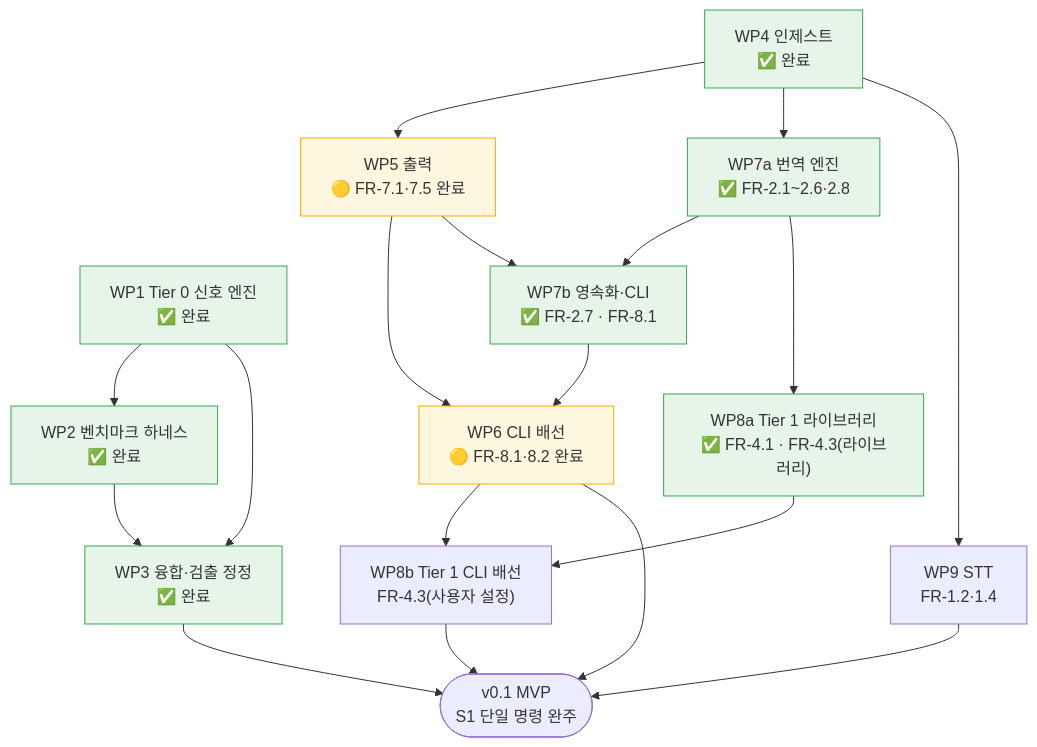
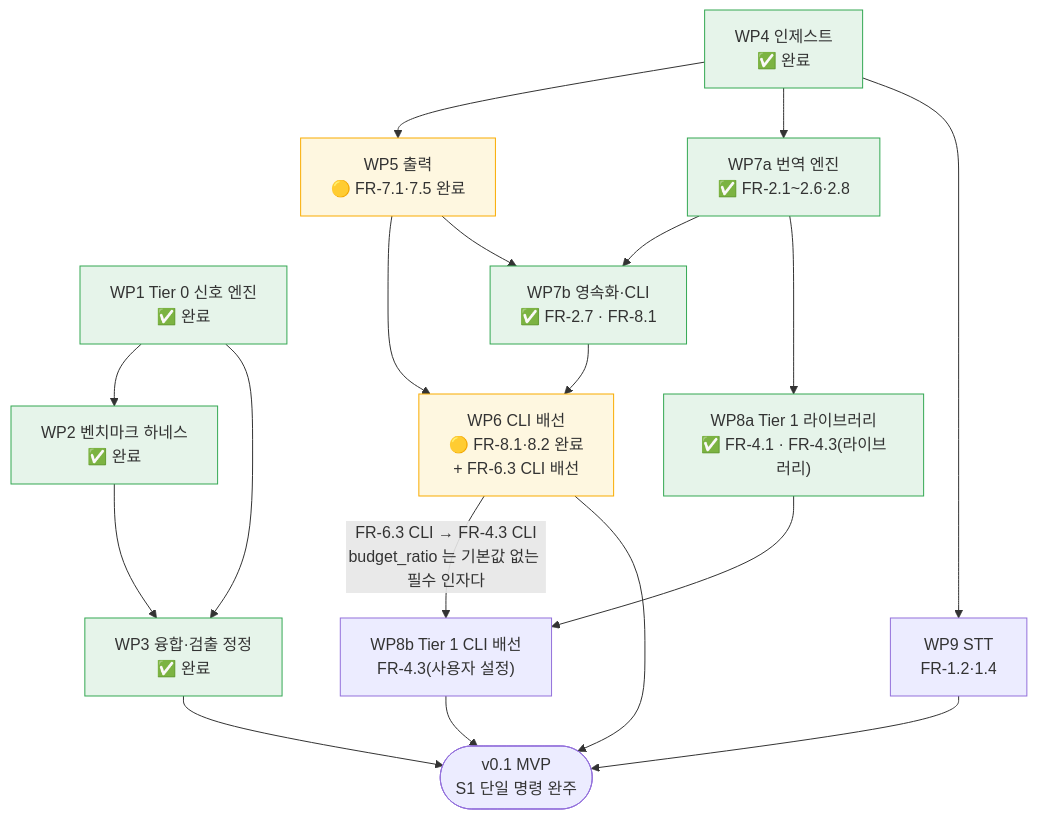
One commit to withwooyong/cuesift changed the diagram in docs/WBS.md. Above: the diagram before and after it, drawn with Mermaid. The commit also changed other lines of this file and 11 other files, not shown here.

````diff
--- a/docs/WBS.md
+++ b/docs/WBS.md
@@ -82,43 +132,43 @@
 ```mermaid
 flowchart TD
     WP1["WP1 Tier 0 신호 엔진<br/>✅ 완료"]
     WP2["WP2 벤치마크 하네스<br/>✅ 완료"]
     WP3["WP3 융합·검출 정정<br/>✅ 완료"]
     WP4["WP4 인제스트<br/>✅ 완료"]
     WP5["WP5 출력<br/>🟡 FR-7.1·7.5 완료"]
-    WP6["WP6 CLI 배선<br/>🟡 FR-8.1·8.2 완료"]
+    WP6["WP6 CLI 배선<br/>🟡 FR-8.1·8.2 완료<br/>+ FR-6.3 CLI 배선"]
     WP7A["WP7a 번역 엔진<br/>✅ FR-2.1~2.6·2.8"]
     WP7B["WP7b 영속화·CLI<br/>✅ FR-2.7 · FR-8.1"]
     WP8A["WP8a Tier 1 라이브러리<br/>✅ FR-4.1 · FR-4.3(라이브러리)"]
     WP8B["WP8b Tier 1 CLI 배선<br/>FR-4.3(사용자 설정)"]
     WP9["WP9 STT<br/>FR-1.2·1.4"]
     V01(["v0.1 MVP<br/>S1 단일 명령 완주"])
 
     WP1 --> WP2
     WP1 --> WP3
     WP2 --> WP3
     WP4 --> WP5
     WP4 --> WP7A
     WP4 --> WP9
     WP5 --> WP6
     WP7A --> WP7B
     WP7A --> WP8A
     WP8A --> WP8B
     WP5 --> WP7B
     WP7B --> WP6
-    WP6 --> WP8B
+    WP6 -->|"FR-6.3 CLI → FR-4.3 CLI<br/>budget_ratio 는 기본값 없는 필수 인자다"| WP8B
     WP8B --> V01
     WP9 --> V01
     WP6 --> V01
     WP3 --> V01
 
     style WP1 fill:#e6f4ea,stroke:#34a853
     style WP2 fill:#e6f4ea,stroke:#34a853
     style WP3 fill:#e6f4ea,stroke:#34a853
     style WP4 fill:#e6f4ea,stroke:#34a853
     style WP7A fill:#e6f4ea,stroke:#34a853
     style WP7B fill:#e6f4ea,stroke:#34a853
     style WP8A fill:#e6f4ea,stroke:#34a853
     style WP5 fill:#fef7e0,stroke:#f9ab00
     style WP6 fill:#fef7e0,stroke:#f9ab00
 ```
````
